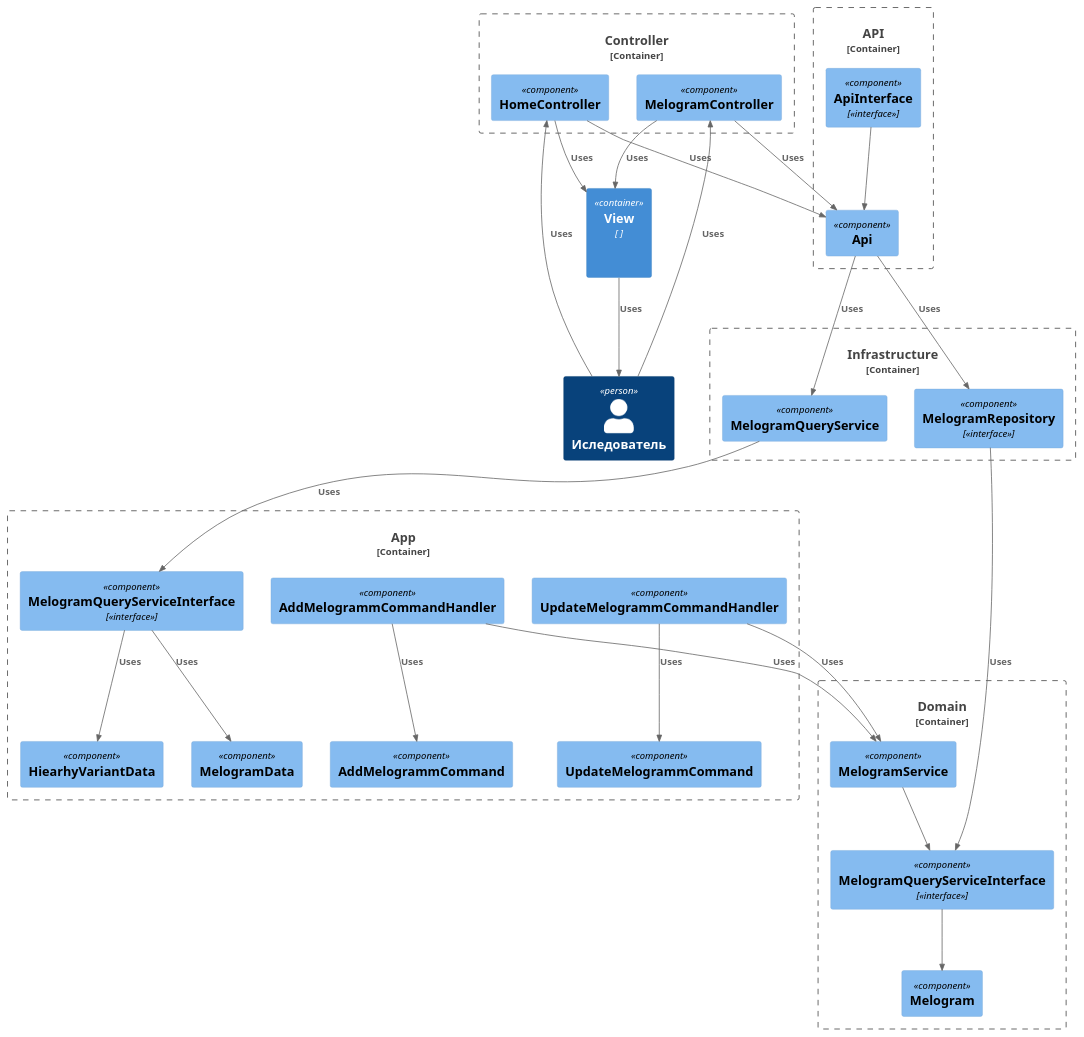
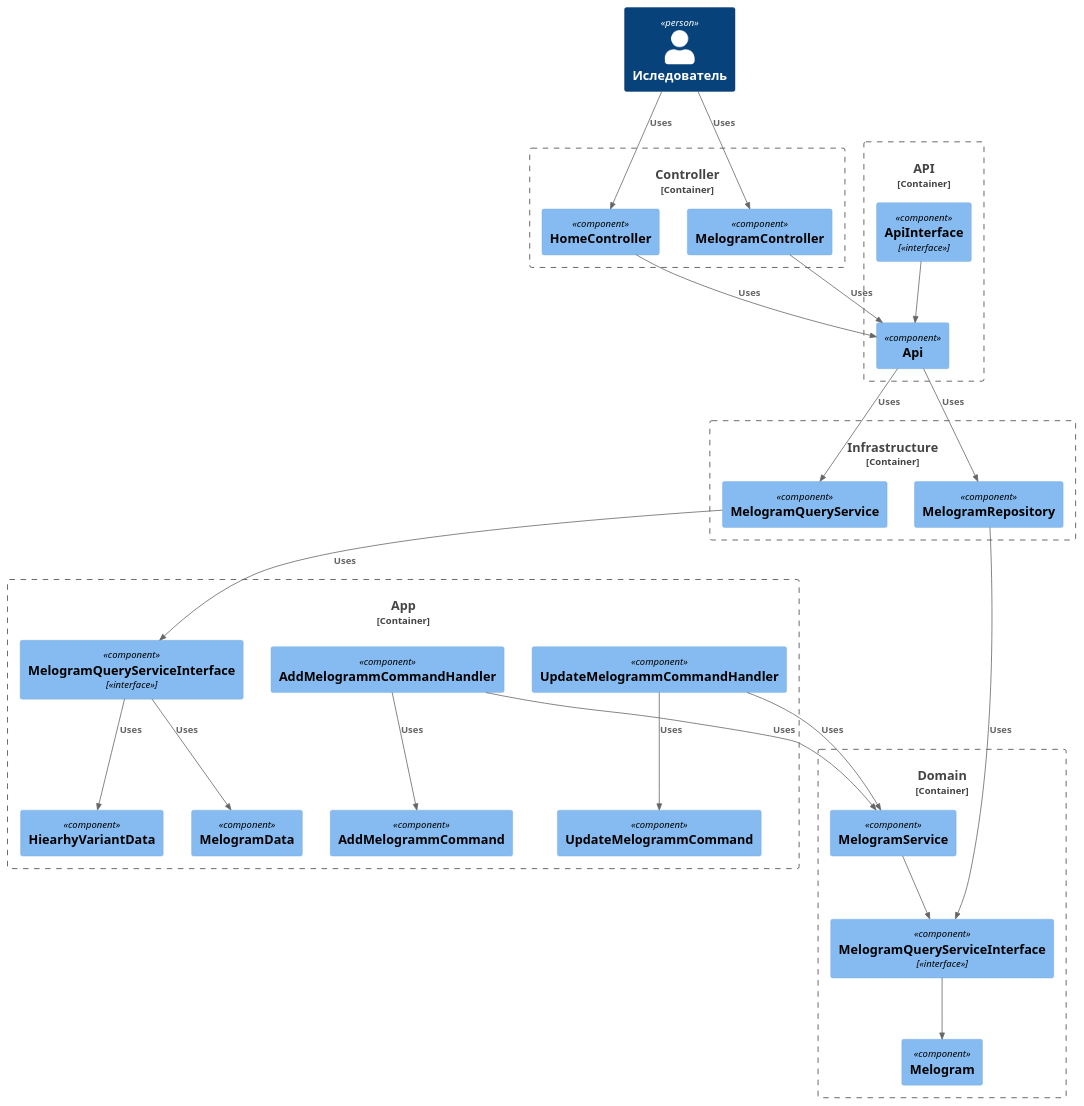
One commit to ivan-uskov/emap changed the diagram in docs/puml/components_diagram.pu. Above: the diagram before and after it, drawn with PlantUML.

Commit message:
Fix diagram issues.

```diff
--- a/docs/puml/components_diagram.pu
+++ b/docs/puml/components_diagram.pu
@@ -1,64 +1,60 @@
 @startuml Архитектура
 !includeurl https://raw.githubusercontent.com/RicardoNiepel/C4-PlantUML/release/1-0/C4_Component.puml
 
+top to bottom direction
 
 Person(user, "Иследователь")
 
 Container_Boundary(controller, "Controller") {
   Component(homecon, "HomeController", '','')
   Component(melogramcon, "MelogramController", '','')
 
 }
 
 Container_Boundary(api, "API") {
   Component(apiCom, "Api", '','')
   Component(apiInt, "ApiInterface", '<<interface>>','')
   Rel(apiInt, apiCom, " ")
 }
 Container_Boundary(infra, "Infrastructure") {
   Component(mqs, "MelogramQueryService", '','')
-  Component(mr, "MelogramRepository", '<<interface>>','')
+  Component(mr, "MelogramRepository", '','')
 }
 
 Container_Boundary(app, "App") {
   Component(mqsi, "MelogramQueryServiceInterface", '<<interface>>','')
   Component(hvd, "HiearhyVariantData", '','')
   Component(md, "MelogramData", '','')
   Component(amc, "AddMelogrammCommand", '','')
   Component(umc, "UpdateMelogrammCommand", '','')
   Component(amch, "AddMelogrammCommandHandler", '','')
   Component(umch, "UpdateMelogrammCommandHandler", '','')
 
   Rel(mqsi, hvd, "Uses")
   Rel(mqsi, md, "Uses")
   Rel(amch, amc, "Uses")
   Rel(umch, umc, "Uses")
 }
 
 Container_Boundary(domain, "Domain") {
   Component(mri, "MelogramQueryServiceInterface", '<<interface>>','')
   Component(melogram, "Melogram", '','')
   Component(ms, "MelogramService", '','')
 
   Rel(ms, mri, " ")
   Rel(mri, melogram, " ")
 }
 
-Container(view, "View",' ',' ')
-
-Rel(view, user, "Uses")
-Rel(homecon, view,"Uses")
 Rel(user, homecon, "Uses")
 Rel(user, melogramcon, "Uses")
-Rel(melogramcon, view, "Uses")
 Rel(homecon, apiCom, "Uses")
 Rel(melogramcon, apiCom, "Uses")
 Rel(apiCom, mqs, "Uses")
 Rel(apiCom, mr, "Uses")
 Rel(mqs, mqsi, "Uses")
 Rel(mr, mri, "Uses")
 Rel(amch, ms, "Uses")
 Rel(umch, ms, "Uses")
 
 
 @enduml
```
